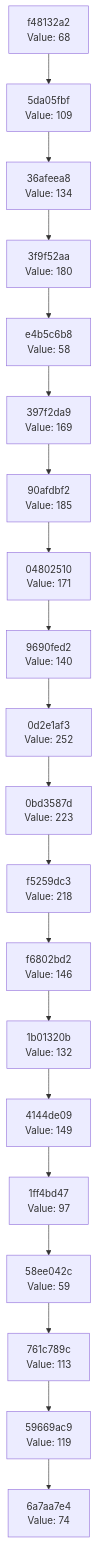
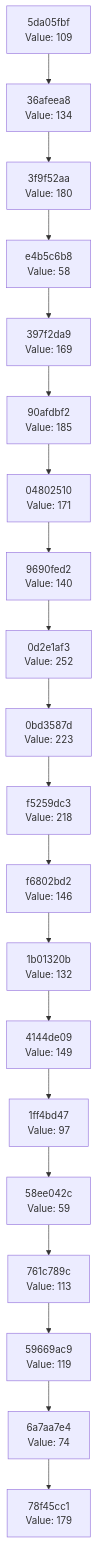
Before and after one commit to Abhisheksinha1506/hash-chain-evolver: the diagram in docs/CHAIN_VISUALIZATION.md, drawn with Mermaid. The commit also changed 2 other files, not shown here.

Commit message:
Evolution Step

````diff
--- a/docs/CHAIN_VISUALIZATION.md
+++ b/docs/CHAIN_VISUALIZATION.md
@@ -3,42 +3,42 @@
 ```mermaid
 graph TD
-    C0["6a7aa7e4<br/>Value: 74"]
-    C1["59669ac9<br/>Value: 119"]
+    C0["78f45cc1<br/>Value: 179"]
+    C1["6a7aa7e4<br/>Value: 74"]
     C1 --> C0
-    C2["761c789c<br/>Value: 113"]
+    C2["59669ac9<br/>Value: 119"]
     C2 --> C1
-    C3["58ee042c<br/>Value: 59"]
+    C3["761c789c<br/>Value: 113"]
     C3 --> C2
-    C4["1ff4bd47<br/>Value: 97"]
+    C4["58ee042c<br/>Value: 59"]
     C4 --> C3
-    C5["4144de09<br/>Value: 149"]
+    C5["1ff4bd47<br/>Value: 97"]
     C5 --> C4
-    C6["1b01320b<br/>Value: 132"]
+    C6["4144de09<br/>Value: 149"]
     C6 --> C5
-    C7["f6802bd2<br/>Value: 146"]
+    C7["1b01320b<br/>Value: 132"]
     C7 --> C6
-    C8["f5259dc3<br/>Value: 218"]
+    C8["f6802bd2<br/>Value: 146"]
     C8 --> C7
-    C9["0bd3587d<br/>Value: 223"]
+    C9["f5259dc3<br/>Value: 218"]
     C9 --> C8
-    C10["0d2e1af3<br/>Value: 252"]
+    C10["0bd3587d<br/>Value: 223"]
     C10 --> C9
-    C11["9690fed2<br/>Value: 140"]
+    C11["0d2e1af3<br/>Value: 252"]
     C11 --> C10
-    C12["04802510<br/>Value: 171"]
+    C12["9690fed2<br/>Value: 140"]
     C12 --> C11
-    C13["90afdbf2<br/>Value: 185"]
+    C13["04802510<br/>Value: 171"]
     C13 --> C12
-    C14["397f2da9<br/>Value: 169"]
+    C14["90afdbf2<br/>Value: 185"]
     C14 --> C13
-    C15["e4b5c6b8<br/>Value: 58"]
+    C15["397f2da9<br/>Value: 169"]
     C15 --> C14
-    C16["3f9f52aa<br/>Value: 180"]
+    C16["e4b5c6b8<br/>Value: 58"]
     C16 --> C15
-    C17["36afeea8<br/>Value: 134"]
+    C17["3f9f52aa<br/>Value: 180"]
     C17 --> C16
-    C18["5da05fbf<br/>Value: 109"]
+    C18["36afeea8<br/>Value: 134"]
     C18 --> C17
-    C19["f48132a2<br/>Value: 68"]
+    C19["5da05fbf<br/>Value: 109"]
     C19 --> C18
 ```
````
